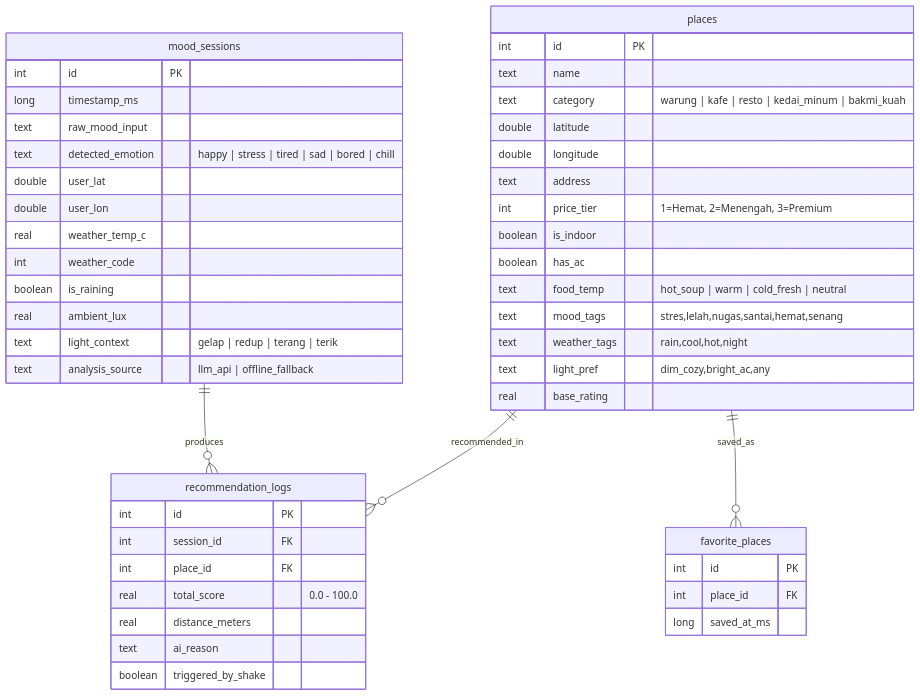
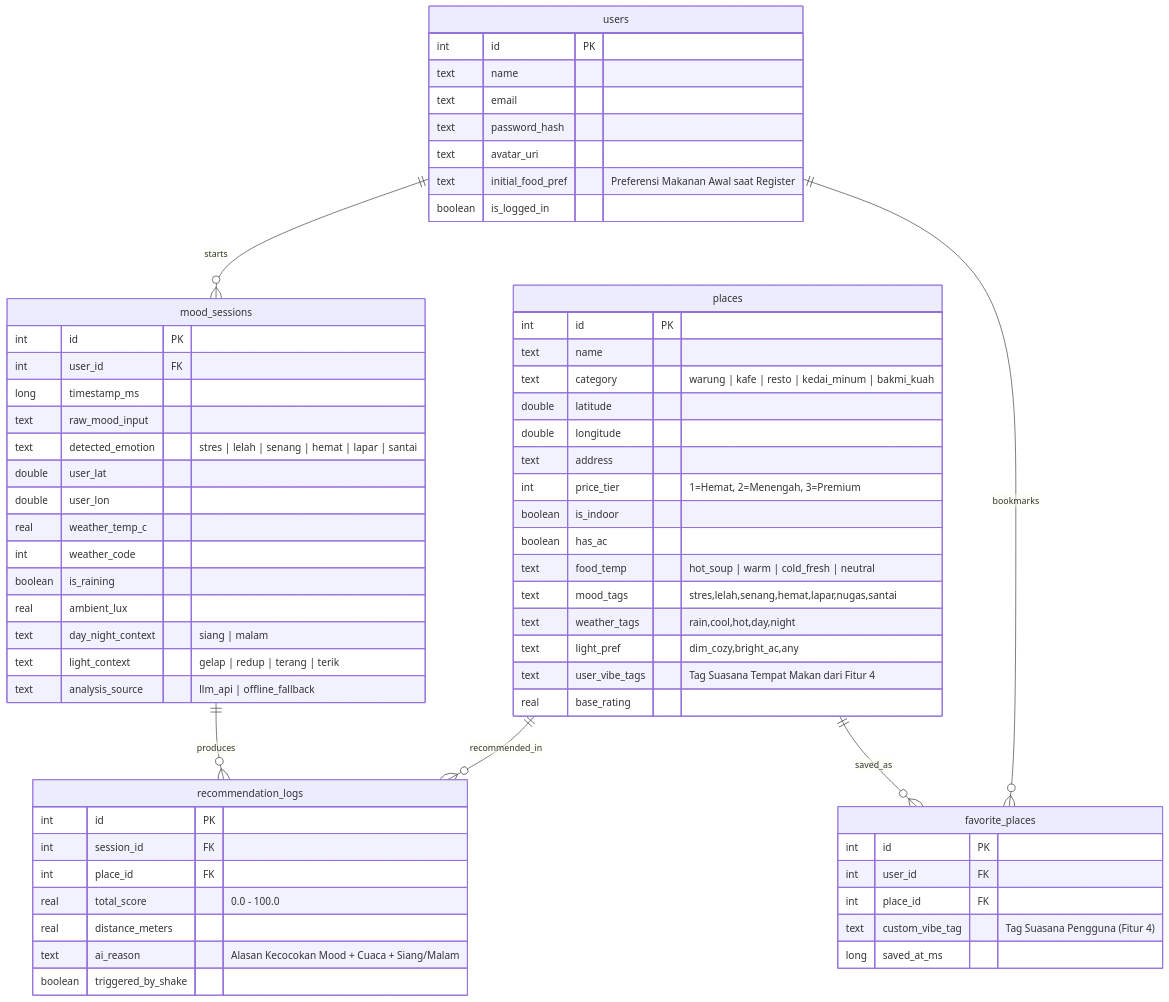
Before and after one commit to knownasrayy/SANTAP---FP-PEMMOB: the third of 5 diagrams in SANTAP_SSOT.md, drawn with Mermaid. The commit also changed other lines of this file and 2 other files, not shown here.

Commit message:
docs: update SANTAP_SSOT to v1.3 and add rancangan flow diagram

````diff
--- a/SANTAP_SSOT.md
+++ b/SANTAP_SSOT.md
@@ -357,54 +393,71 @@
 ```mermaid
 erDiagram
+    users ||--o{ mood_sessions : "starts"
+    users ||--o{ favorite_places : "bookmarks"
     places ||--o{ recommendation_logs : "recommended_in"
     mood_sessions ||--o{ recommendation_logs : "produces"
     places ||--o{ favorite_places : "saved_as"
+
+    users {
+        int id PK
+        text name
+        text email
+        text password_hash
+        text avatar_uri
+        text initial_food_pref "Preferensi Makanan Awal saat Register"
+        boolean is_logged_in
+    }
 
     places {
         int id PK
         text name
         text category "warung | kafe | resto | kedai_minum | bakmi_kuah"
         double latitude
         double longitude
         text address
         int price_tier "1=Hemat, 2=Menengah, 3=Premium"
         boolean is_indoor
         boolean has_ac
         text food_temp "hot_soup | warm | cold_fresh | neutral"
-        text mood_tags "stres,lelah,nugas,santai,hemat,senang"
-        text weather_tags "rain,cool,hot,night"
+        text mood_tags "stres,lelah,senang,hemat,lapar,nugas,santai"
+        text weather_tags "rain,cool,hot,day,night"
         text light_pref "dim_cozy,bright_ac,any"
+        text user_vibe_tags "Tag Suasana Tempat Makan dari Fitur 4"
         real base_rating
     }
 
     mood_sessions {
         int id PK
+        int user_id FK
         long timestamp_ms
         text raw_mood_input
-        text detected_emotion "happy | stress | tired | sad | bored | chill"
+        text detected_emotion "stres | lelah | senang | hemat | lapar | santai"
         double user_lat
         double user_lon
         real weather_temp_c
         int weather_code
         boolean is_raining
         real ambient_lux
+        text day_night_context "siang | malam"
         text light_context "gelap | redup | terang | terik"
         text analysis_source "llm_api | offline_fallback"
     }
 
     recommendation_logs {
         int id PK
         int session_id FK
         int place_id FK
         real total_score "0.0 - 100.0"
         real distance_meters
-        text ai_reason
+        text ai_reason "Alasan Kecocokan Mood + Cuaca + Siang/Malam"
         boolean triggered_by_shake
     }
 
     favorite_places {
         int id PK
+        int user_id FK
         int place_id FK
+        text custom_vibe_tag "Tag Suasana Pengguna (Fitur 4)"
         long saved_at_ms
     }
 ```
````
